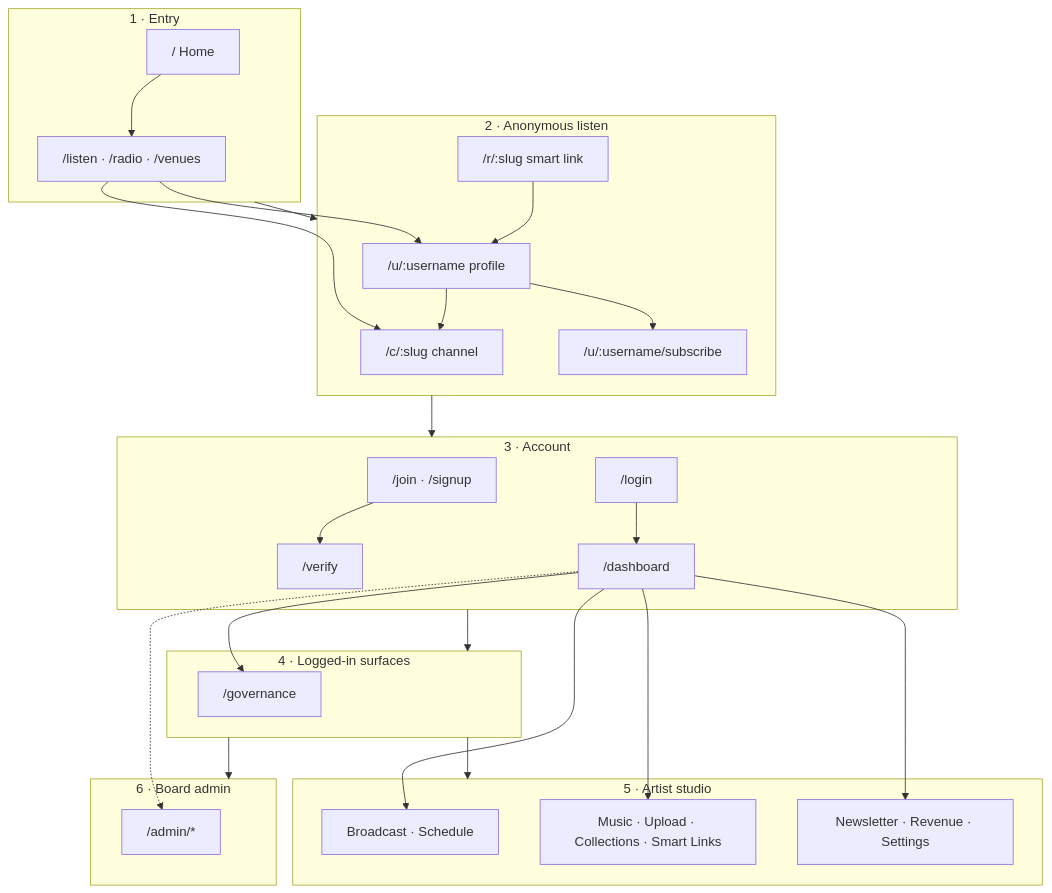
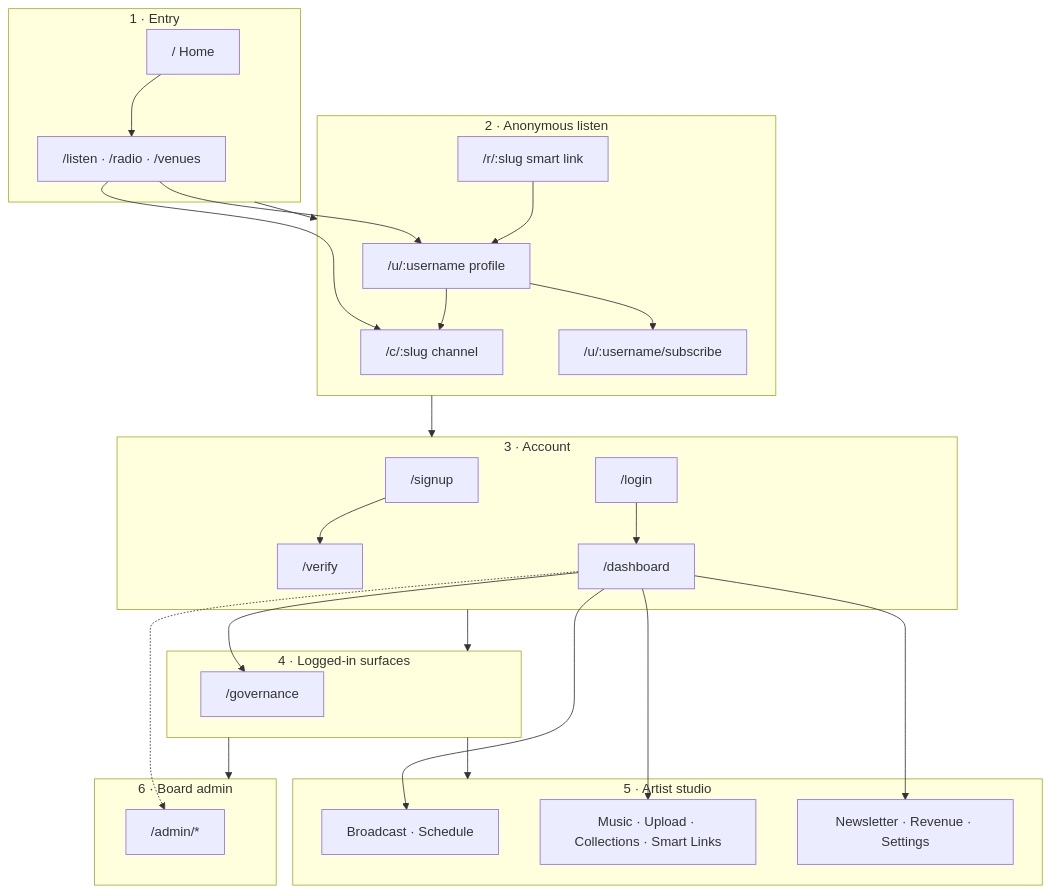
One commit to janiluuk/tahti-org changed the diagram in docs/flows/README.md. Above: the diagram before and after it, drawn with Mermaid. The commit also changed 24 other files, not shown here.

````diff
--- a/docs/flows/README.md
+++ b/docs/flows/README.md
@@ -16,50 +16,50 @@
 ```mermaid
 flowchart TB
   subgraph entry["1 · Entry"]
     H["/ Home"]
     L["/listen · /radio · /venues"]
     H --> L
   end
 
   subgraph public["2 · Anonymous listen"]
     C["/c/:slug channel"]
     U["/u/:username profile"]
     R["/r/:slug smart link"]
     L --> C
     L --> U
     U --> C
     U --> S["/u/:username/subscribe"]
     R --> U
   end
 
   subgraph auth["3 · Account"]
-    J["/join · /signup"]
+    J["/signup"]
     LI["/login"]
     V["/verify"]
     J --> V
     LI --> D
   end
 
   subgraph studio["4 · Logged-in surfaces"]
     D["/dashboard"]
     G["/governance"]
     D --> G
   end
 
   subgraph artist["5 · Artist studio"]
     D --> BC["Broadcast · Schedule"]
     D --> LIB["Music · Upload · Collections · Smart Links"]
     D --> AUD["Newsletter · Revenue · Settings"]
   end
 
   subgraph board["6 · Board admin"]
     A["/admin/*"]
     D -.-> A
   end
 
   entry --> public
   public --> auth
   auth --> studio
   studio --> artist
   studio --> board
 ```
````
